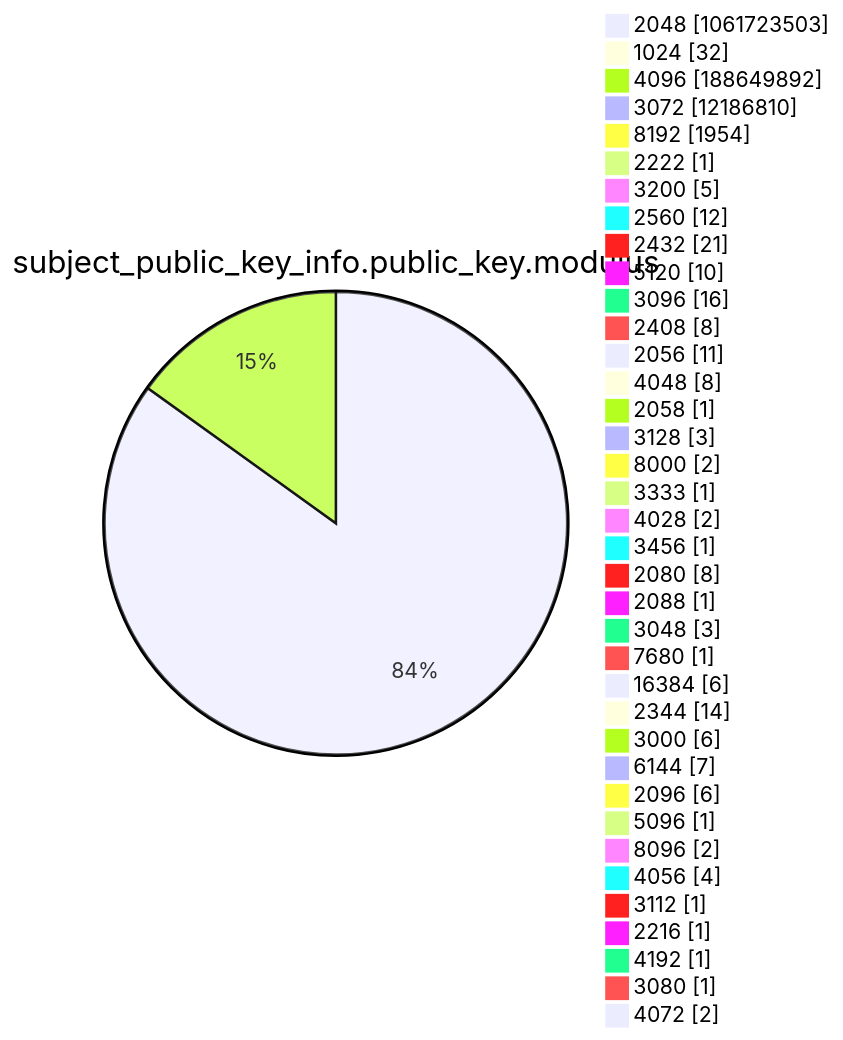
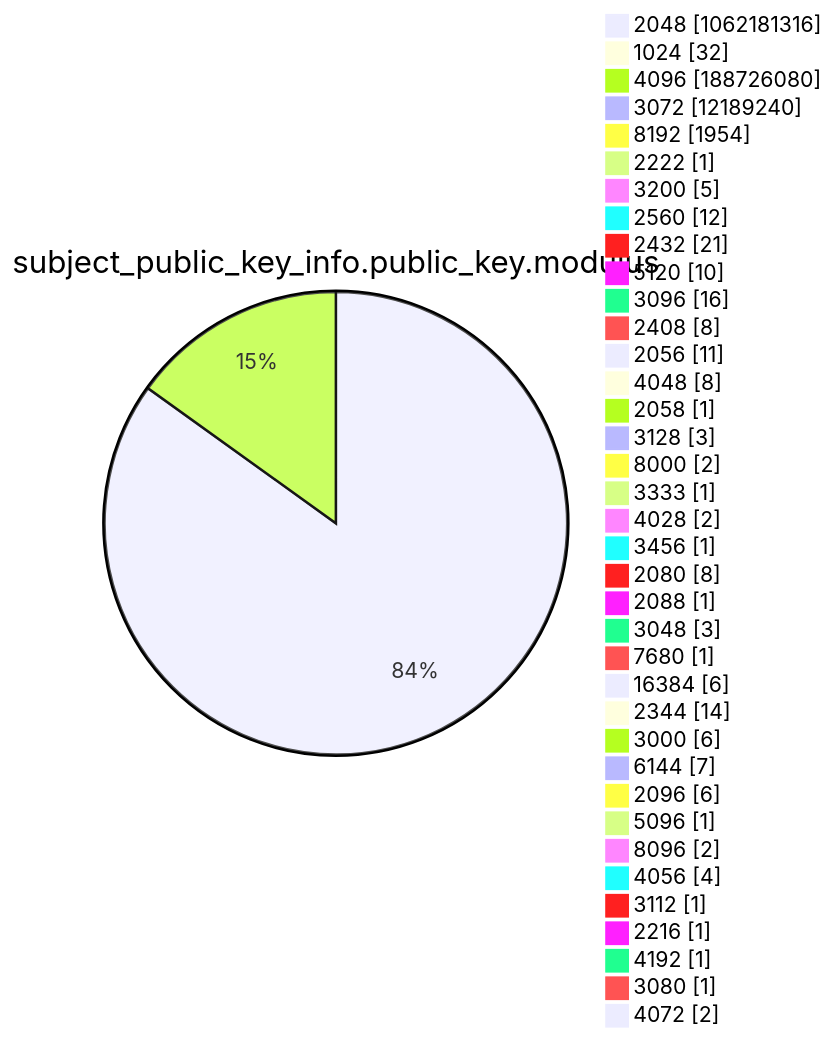
Diagram 13 of 15 in argon2022/README.md (christiankrug/ctmonitor_visualization), drawn with Mermaid before and after one commit. The commit also changed other lines of this file, not shown here.

````diff
--- a/argon2022/README.md
+++ b/argon2022/README.md
@@ -3589,41 +3589,41 @@
 ```mermaid
 pie showData
 title subject_public_key_info.public_key.modulus
-"2048" :1061723503
+"2048" :1062181316
 "1024" :32
-"4096" :188649892
-"3072" :12186810
+"4096" :188726080
+"3072" :12189240
 "8192" :1954
 "2222" :1
 "3200" :5
 "2560" :12
 "2432" :21
 "5120" :10
 "3096" :16
 "2408" :8
 "2056" :11
 "4048" :8
 "2058" :1
 "3128" :3
 "8000" :2
 "3333" :1
 "4028" :2
 "3456" :1
 "2080" :8
 "2088" :1
 "3048" :3
 "7680" :1
 "16384" :6
 "2344" :14
 "3000" :6
 "6144" :7
 "2096" :6
 "5096" :1
 "8096" :2
 "4056" :4
 "3112" :1
 "2216" :1
 "4192" :1
 "3080" :1
 "4072" :2
 ```
````
